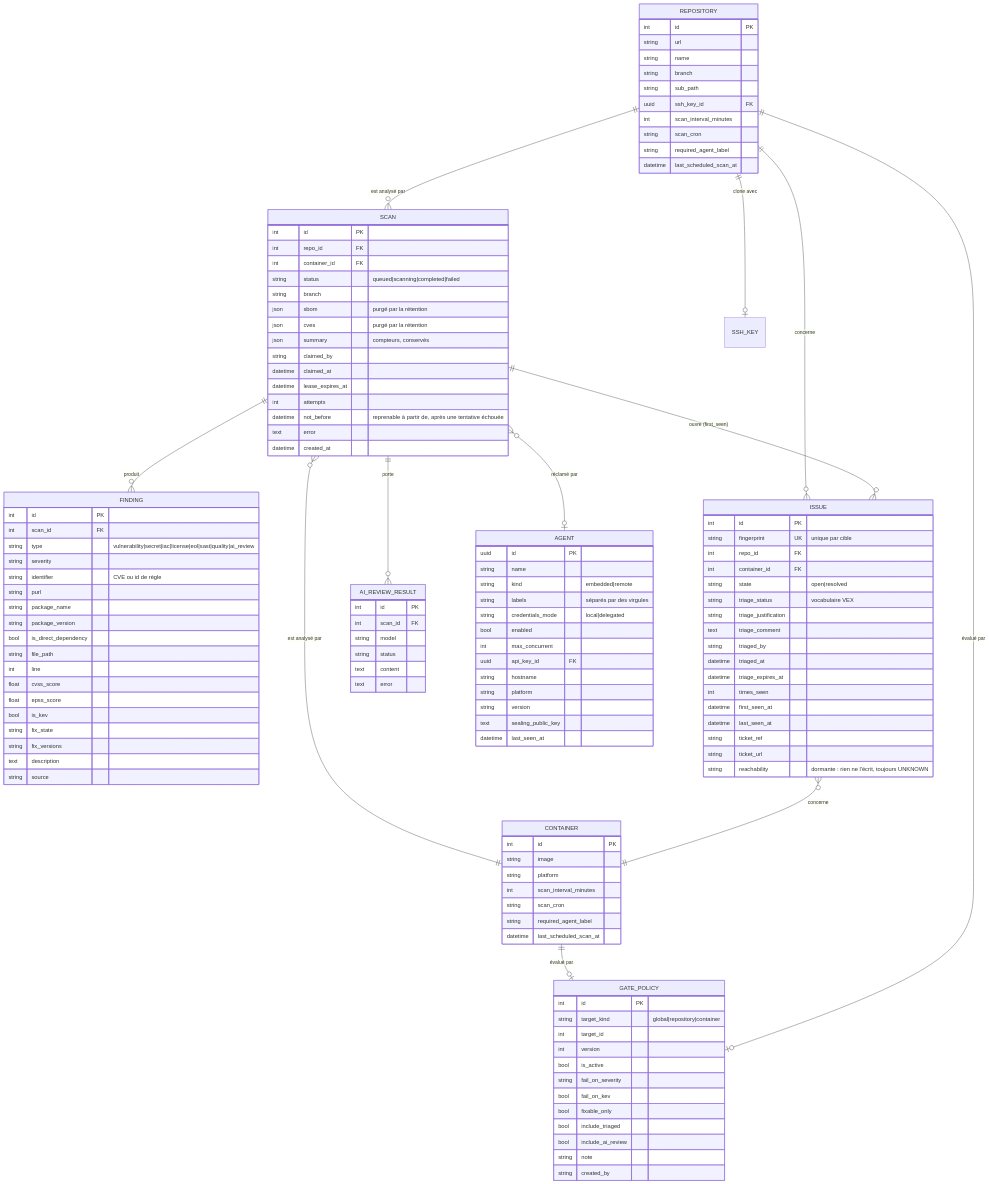
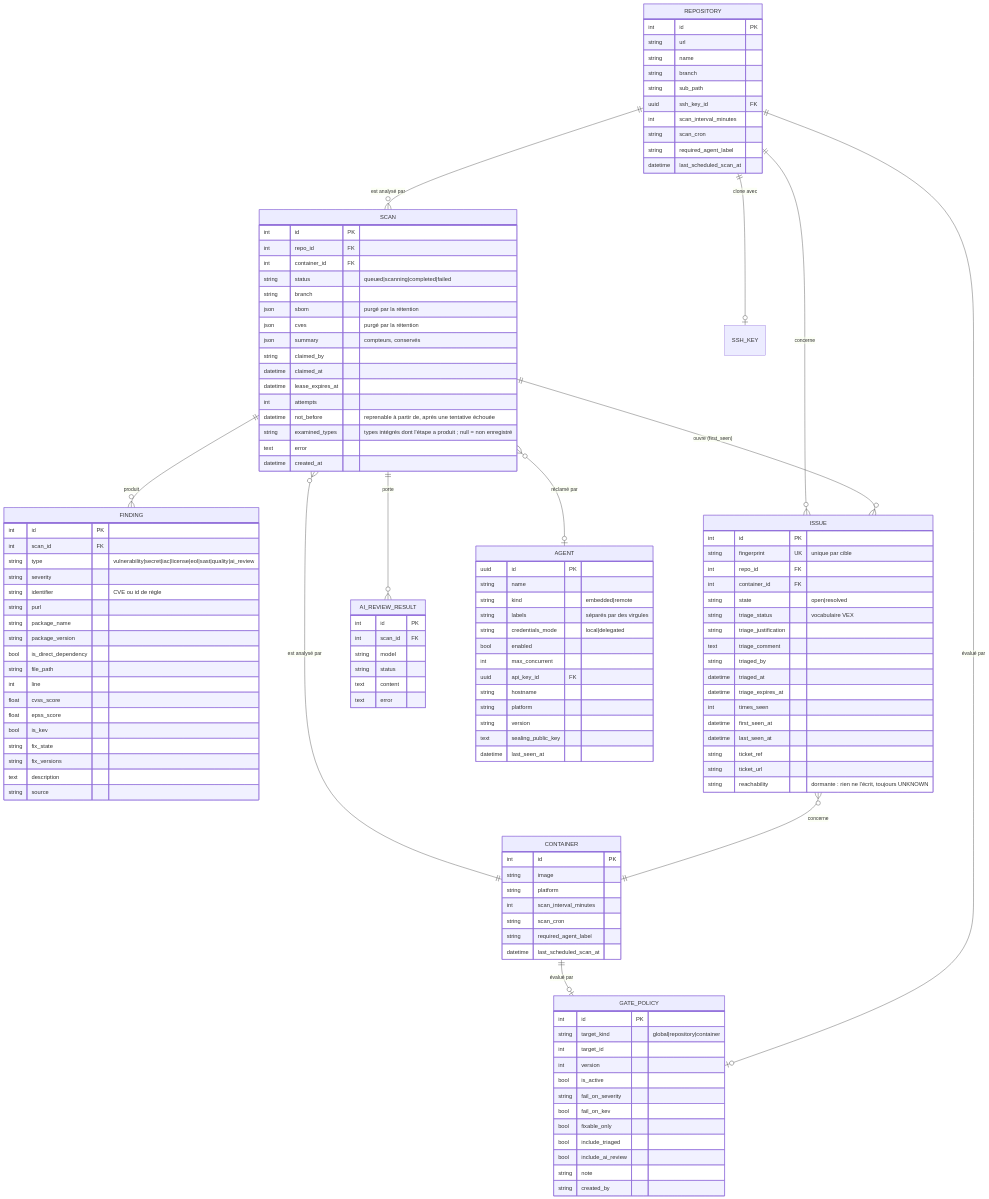
One commit to asmolabs/vectispire changed the second of 3 diagrams in docs/fr/TECHNICAL_DOCUMENTATION.fr.md. Above: the diagram before and after it, drawn with Mermaid. The commit also changed 7 other files, not shown here.

```diff
--- a/docs/fr/TECHNICAL_DOCUMENTATION.fr.md
+++ b/docs/fr/TECHNICAL_DOCUMENTATION.fr.md
@@ -160,6 +160,7 @@
         datetime lease_expires_at
         int attempts
         datetime not_before "reprenable à partir de, après une tentative échouée"
+        string examined_types "types intégrés dont l'étape a produit ; null = non enregistré"
         text error
         datetime created_at
     }
```
